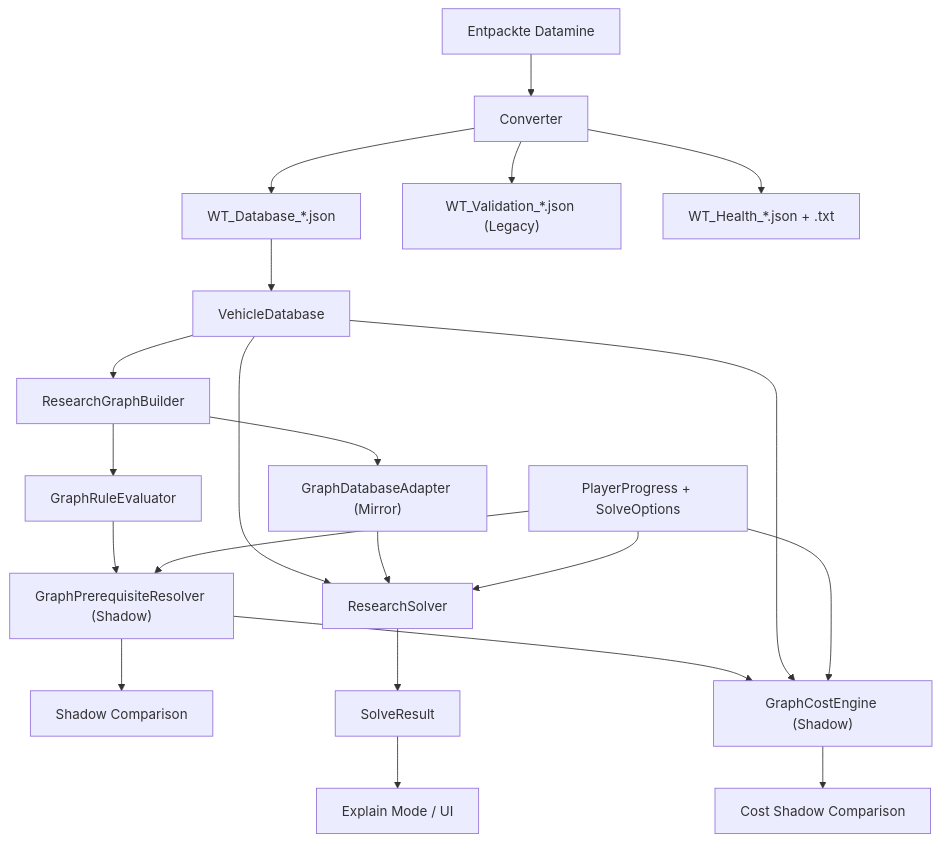
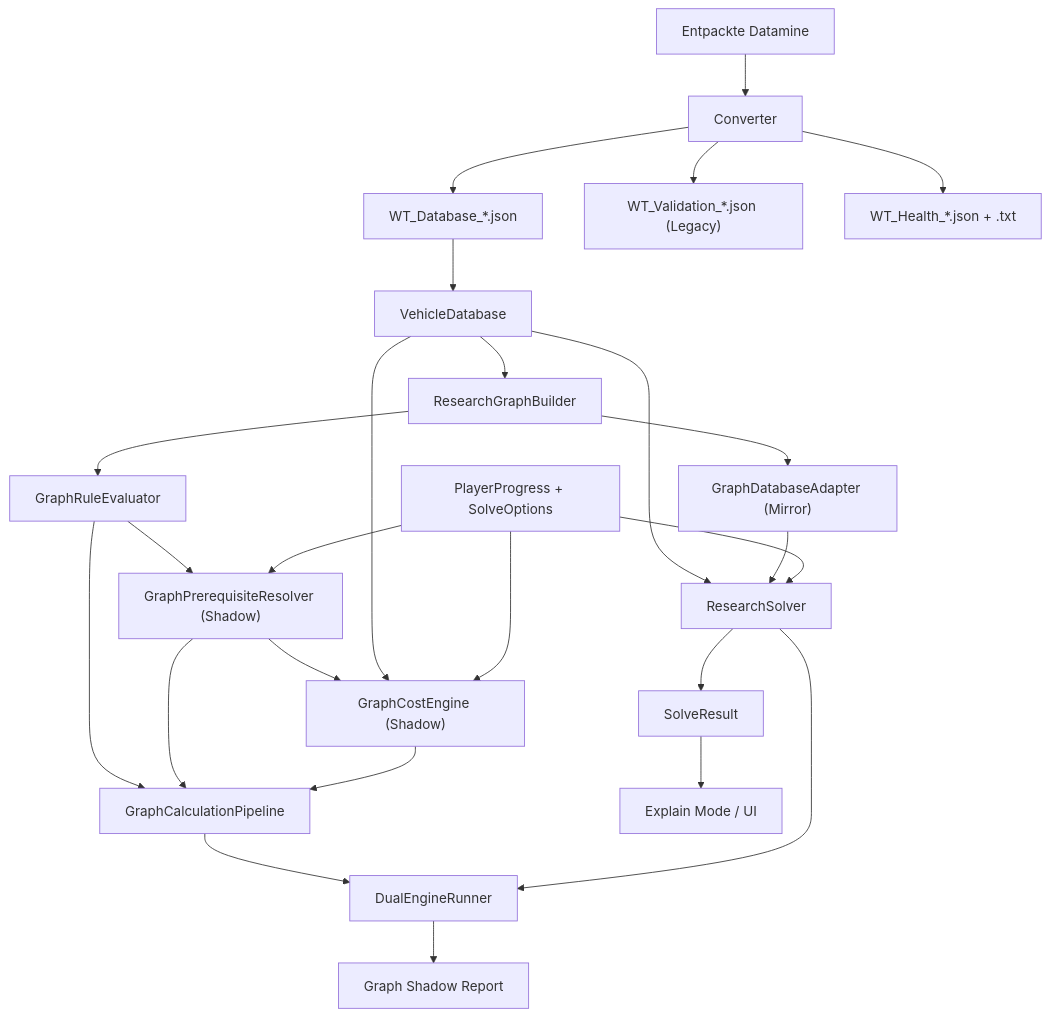
Before and after one commit to wursti10-cmyk/wurstbrot-suite: the diagram in docs/02_ARCHITECTURE.md, drawn with Mermaid. The commit also changed other lines of this file and 24 other files, not shown here.

First line of the commit message:
Accuracy: add full dual-engine shadow orchestration (#9)

````diff
--- a/docs/02_ARCHITECTURE.md
+++ b/docs/02_ARCHITECTURE.md
@@ -21,23 +22,27 @@
 ```mermaid
 flowchart TD
   D["Entpackte Datamine"] --> C["Converter"]
   C --> J["WT_Database_*.json"]
   C --> V["WT_Validation_*.json (Legacy)"]
   C --> H["WT_Health_*.json + .txt"]
   J --> DB["VehicleDatabase"]
   DB --> G["ResearchGraphBuilder"]
   G --> A["GraphDatabaseAdapter (Mirror)"]
   G --> RE["GraphRuleEvaluator"]
   RE --> GR["GraphPrerequisiteResolver (Shadow)"]
   P --> GR
-  GR --> SM["Shadow Comparison"]
   GR --> GC["GraphCostEngine (Shadow)"]
   DB --> GC
   P --> GC
-  GC --> CM["Cost Shadow Comparison"]
+  RE --> GP["GraphCalculationPipeline"]
+  GR --> GP
+  GC --> GP
   DB --> S["ResearchSolver"]
   A --> S
   P["PlayerProgress + SolveOptions"] --> S
+  GP --> DE["DualEngineRunner"]
+  S --> DE
+  DE --> SR["Graph Shadow Report"]
   S --> R["SolveResult"]
   R --> E["Explain Mode / UI"]
 ```
````
